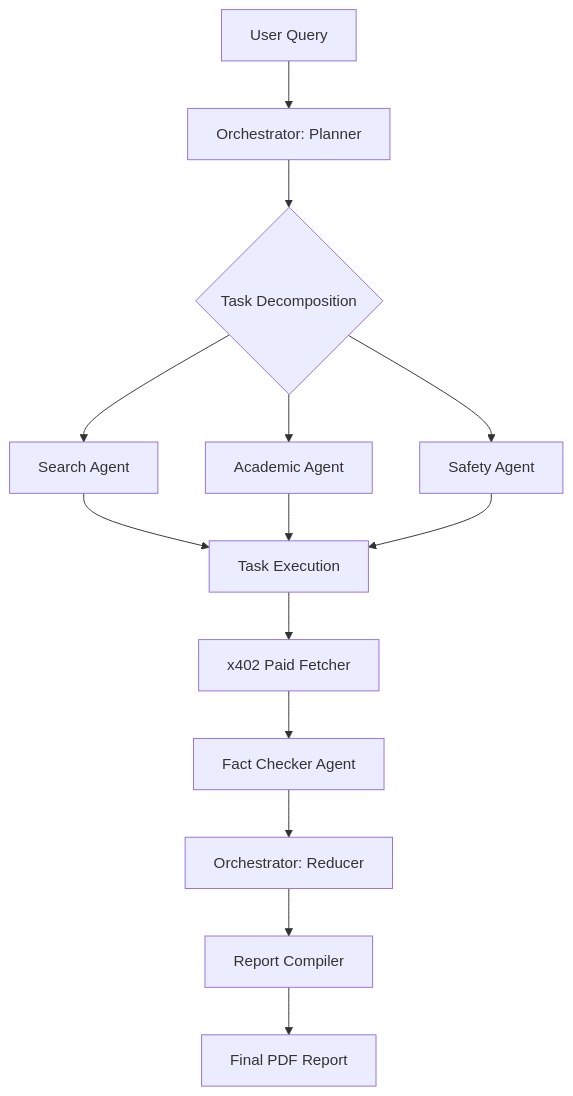
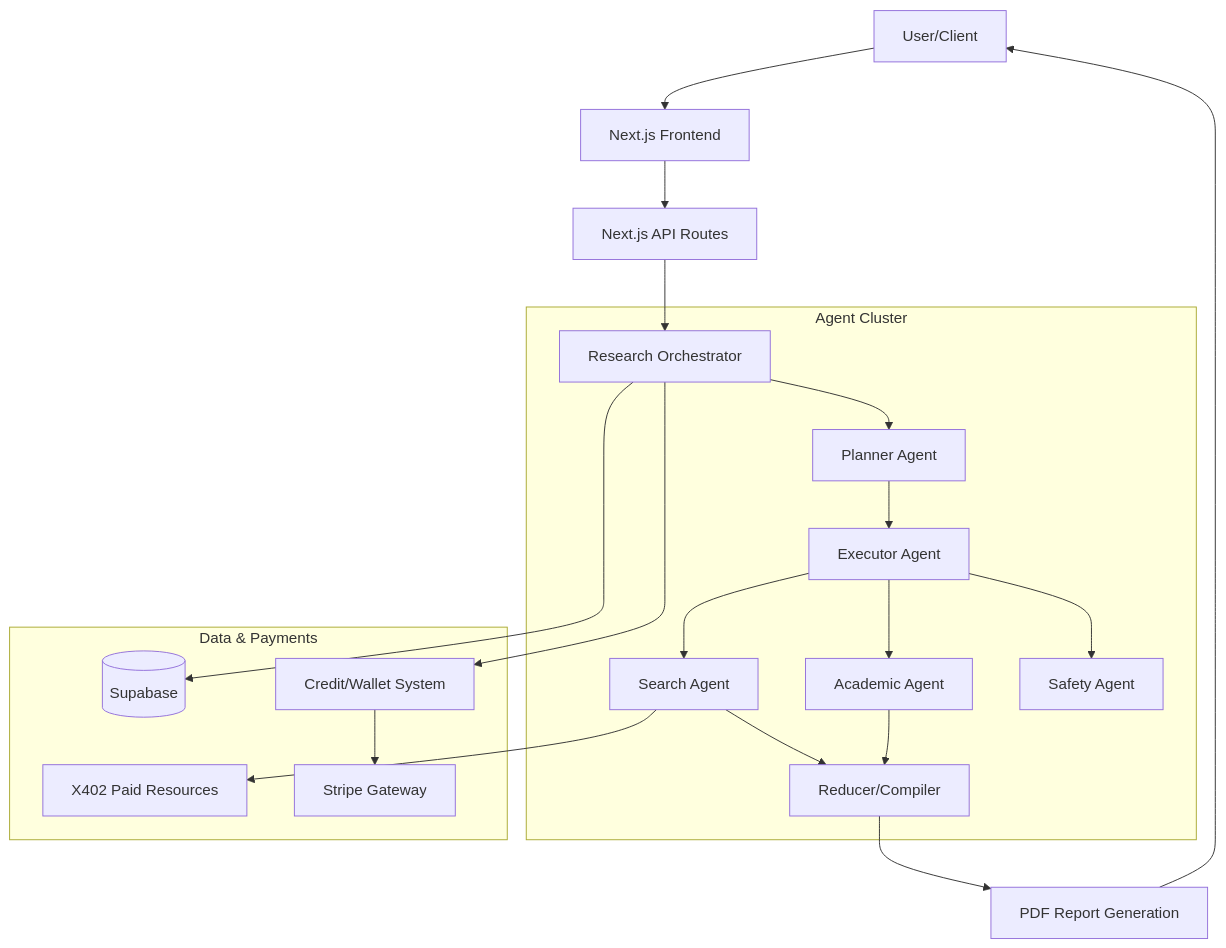
The first of 3 diagrams in README.md (TanmayAggarwal87/axiom), drawn with Mermaid before and after one commit. The commit also changed other lines of this file, not shown here.

````diff
--- a/README.md
+++ b/README.md
@@ -20,14 +20,26 @@
 ```mermaid
 graph TD
-    A[User Query] --> B[Orchestrator: Planner]
-    B --> C{Task Decomposition}
-    C --> D[Search Agent]
-    C --> E[Academic Agent]
-    C --> F[Safety Agent]
-    D & E & F --> G[Task Execution]
-    G --> H[x402 Paid Fetcher]
-    H --> I[Fact Checker Agent]
-    I --> J[Orchestrator: Reducer]
-    J --> K[Report Compiler]
-    K --> L[Final PDF Report]
+    User[User/Client] --> UI[Next.js Frontend]
+    UI --> API[Next.js API Routes]
+    API --> Orchestrator[Research Orchestrator]
+    
+    subgraph Agents[Agent Cluster]
+        Orchestrator --> Planner[Planner Agent]
+        Planner --> Executor[Executor Agent]
+        Executor --> Search[Search Agent]
+        Executor --> Academic[Academic Agent]
+        Executor --> Safety[Safety Agent]
+        Search --> Reducer[Reducer/Compiler]
+        Academic --> Reducer
+    end
+    
+    subgraph Data & Payments
+        Orchestrator --> DB[(Supabase)]
+        Orchestrator --> Wallet[Credit/Wallet System]
+        Search --> X402[X402 Paid Resources]
+        Wallet --> Stripe[Stripe Gateway]
+    end
+    
+    Reducer --> Report[PDF Report Generation]
+    Report --> User
 ```
````
